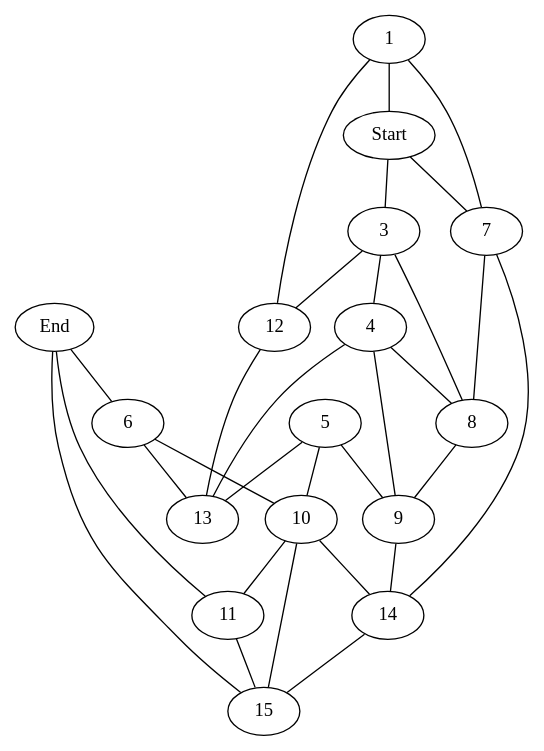
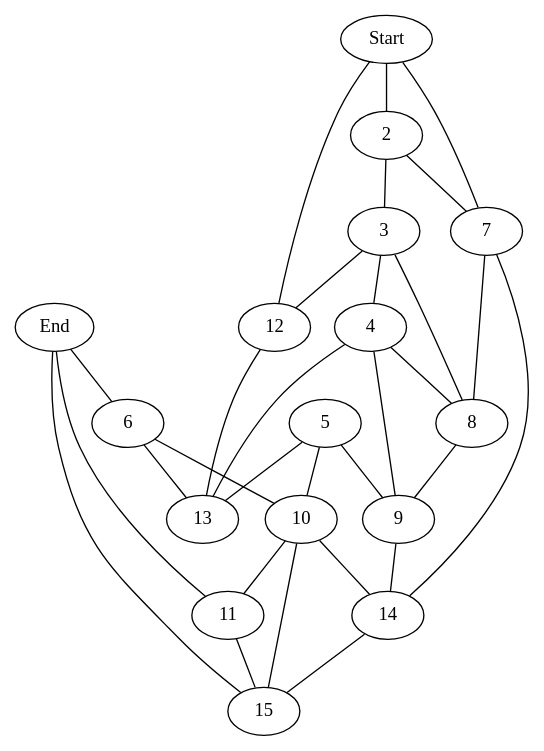
The diagram in dotFiles/Level_3.dot (Narvik09/Shannon-Switching-Game), drawn with Graphviz before and after one commit. The commit also changed 67 other files, not shown here.

```diff
--- a/dotFiles/Level_3.dot
+++ b/dotFiles/Level_3.dot
@@ -1,48 +1,78 @@
 graph prob17 {
     End [pos = "596, 53";];
-    1 [pos = "62, 428";];
-    Start [pos = "105, 339";];
+    Start [pos = "62, 428";];
+    2 [pos = "105, 339";];
     3 [pos = "158, 250";];
     4 [pos = "266, 160";];
     5 [pos = "362, 103";];
     6 [pos = "489, 68";];
     7 [pos = "170, 415";];
     8 [pos = "293, 392";];
     9 [pos = "386, 339";];
     10 [pos = "474, 265";];
     11 [pos = "554, 156";];
     12 [pos = "92, 176";];
     13 [pos = "236, 60";];
     14 [pos = "418, 433";];
     15 [pos = "584, 290";];
     
-    1 -- Start [key = "16";];
-    Start -- 7 [key = "17";];
-    1 -- 7 [key = "18";];
-    1 -- 12 [key = "19";];
+    Start -- 2 [key = "16";];
+    2 -- 7 [key = "17";];
+    Start -- 7 [key = "18";];
+    Start -- 12 [key = "19";];
     12 -- 13 [key = "20";];
     6 -- 13 [key = "21";];
     End -- 6 [key = "22";];
     End -- 11 [key = "23";];
     11 -- 15 [key = "24";];
     End -- 15 [key = "25";];
     6 -- 10 [key = "26";];
     10 -- 15 [key = "27";];
     10 -- 11 [key = "28";];
     14 -- 15 [key = "29";];
     7 -- 14 [key = "30";];
     7 -- 8 [key = "31";];
     8 -- 9 [key = "32";];
     9 -- 14 [key = "33";];
     10 -- 14 [key = "34";];
     5 -- 10 [key = "35";];
     5 -- 13 [key = "36";];
     4 -- 13 [key = "37";];
     4 -- 9 [key = "38";];
-    Start -- 3 [key = "39";];
+    2 -- 3 [key = "39";];
     3 -- 4 [key = "40";];
     3 -- 12 [key = "41";];
     4 -- 8 [key = "42";];
     3 -- 8 [key = "43";];
     5 -- 9 [key = "45";];
+    
+    // v15D -- v2D [key = "16";];
+    // v2D -- v3D [key = "17";];
+    // StartD -- v2D [key = "18";];
+    // v15D -- EndD [key = "19";];
+    // v5D -- EndD [key = "20";];
+    // v12D -- EndD [key = "21";];
+    // EndD -- v11D [key = "22";];
+    // v13D -- v11D [key = "23";];
+    // v10D -- v13D [key = "24";];
+    // v13D -- StartD [key = "25";];
+    // v12D -- v11D [key = "26";];
+    // v10D -- v14D [key = "27";];
+    // v10D -- v11D [key = "28";];
+    // v14D -- StartD [key = "29";];
+    // v7D -- StartD [key = "30";];
+    // v7D -- v3D [key = "31";];
+    // v7D -- v6D [key = "32";];
+    // v9D -- v7D [key = "33";];
+    // v9D -- v14D [key = "34";];
+    // v9D -- v12D [key = "35";];
+    // v8D -- v12D [key = "36";];
+    // v8D -- v5D [key = "37";];
+    // v8D -- v6D [key = "38";];
+    // v15D -- v3D [key = "39";];
+    // v5D -- v4D [key = "40";];
+    // v5D -- v15D [key = "41";];
+    // v4D -- v6D [key = "42";];
+    // v4D -- v3D [key = "43";];
+    // v8D -- v9D [key = "45";];
 }
```
